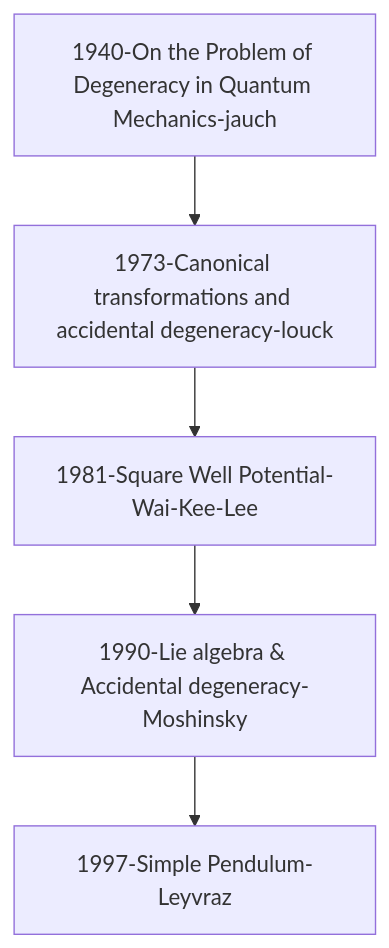
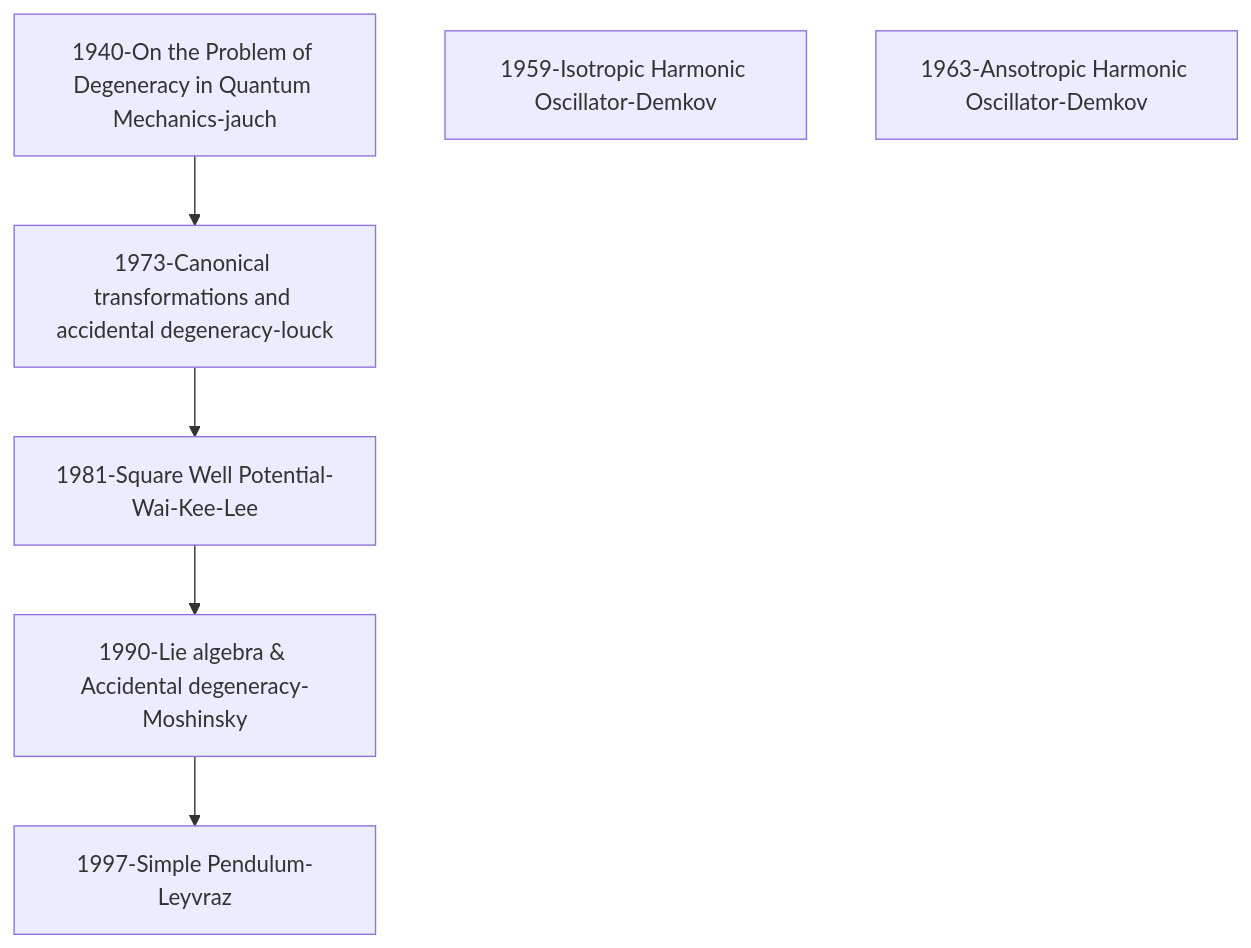
Before and after one commit to rajeshphy/research: the diagram in _posts/2024-08-20-Degeneracy.markdown, drawn with Mermaid. The commit also changed 1 other file, not shown here.

Commit message:
Two more papers added in Degeneracy by Demkov

```diff
--- a/_posts/2024-08-20-Degeneracy.markdown
+++ b/_posts/2024-08-20-Degeneracy.markdown
@@ -10,22 +10,30 @@
 <div class="mermaid">
 graph TD;
 
     A0[1940-On the Problem of Degeneracy in Quantum Mechanics-jauch]
     A[1973-Canonical transformations and accidental degeneracy-louck]
     B[1981-Square Well Potential-Wai-Kee-Lee]
     C[1990-Lie algebra & Accidental degeneracy-Moshinsky]
     D[1997-Simple Pendulum-Leyvraz]
 
     A0 --> A; A --> B; B --> C; C --> D;
 
 
+    E1[1959-Isotropic Harmonic Oscillator-Demkov]
+    E2[1963-Ansotropic Harmonic Oscillator-Demkov]
+
+
+
 
     click A0 "{{ site.PAPERS-ORG }}/PAPERS-ORG/Degeneracy/1940-jauch.pdf";
     click A "{{ site.PAPERS-ORG }}/PAPERS-ORG/Degeneracy/1973-louck.pdf";
     click B "{{ site.PAPERS-ORG }}/PAPERS-ORG/Degeneracy/1981-Wai-Kee-Lee-Degeneracy-Square-Problem.pdf";
     click C "{{ site.PAPERS-ORG }}/PAPERS-ORG/Degeneracy/1997-Accidental-Degeneracy-Pendulum.pdf";
     click D "{{ site.PAPERS-ORG }}/PAPERS-ORG/Degeneracy/1990-moshinsky.pdf";
 
+    click E1 "{{ site.PAPERS-ORG }}/PAPERS-ORG/Degeneracy/1959-DEMKOV-Isotropic.pdf";
+    click E2 "{{ site.PAPERS-ORG }}/PAPERS-ORG/Degeneracy/1963-DEMKOV-Anisotropic.pdf";
+
 
 
 </div>
```
